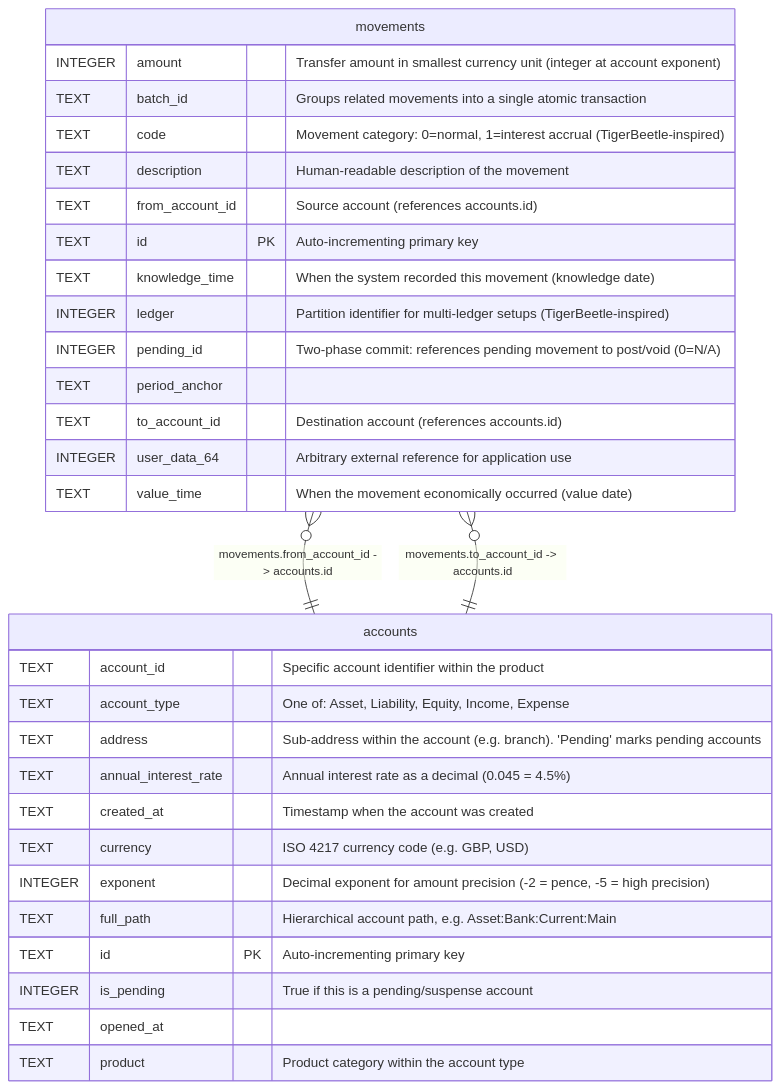
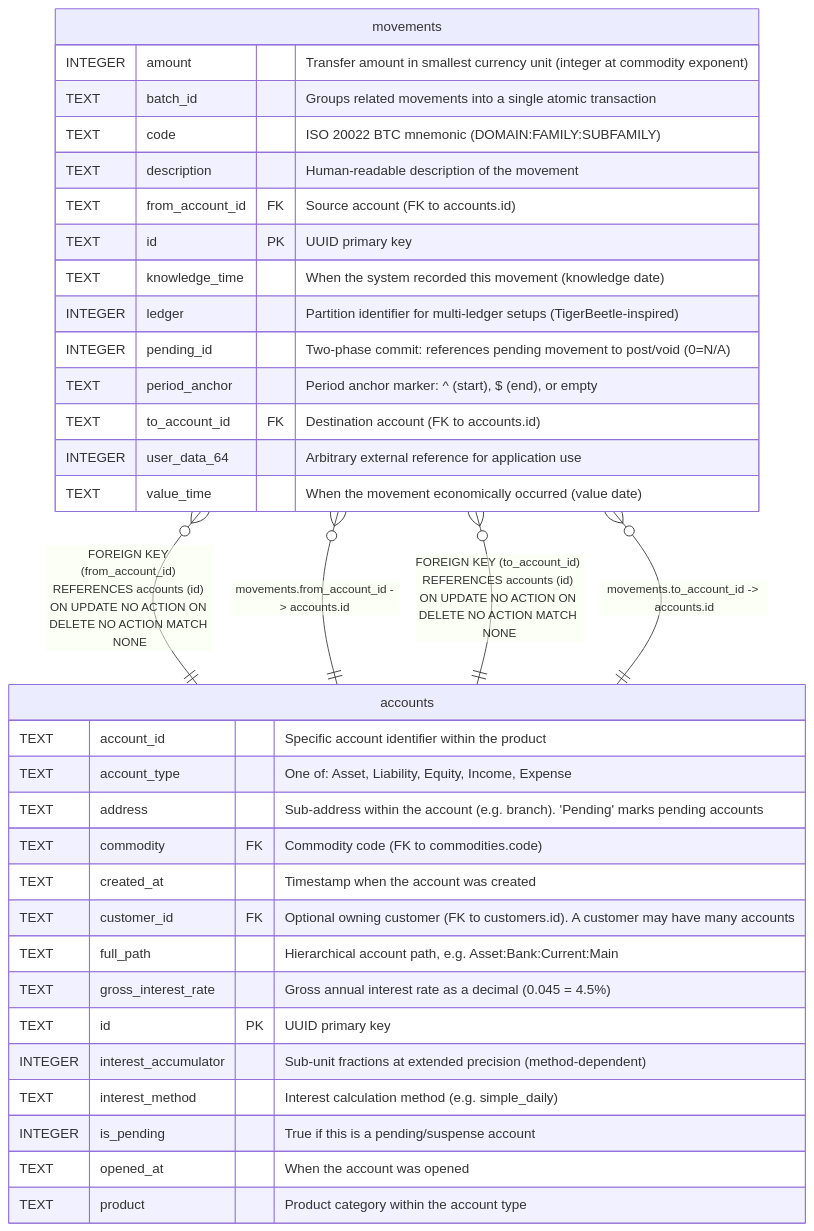
One commit to drummonds/go-luca changed the diagram in docs/schema/movements.md. Above: the diagram before and after it, drawn with Mermaid. The commit also changed other lines of this file and 42 other files, not shown here.

Commit message:
Reorganising schema

````diff
--- a/docs/schema/movements.md
+++ b/docs/schema/movements.md
@@ -68,36 +70,40 @@
 ```mermaid
 erDiagram
 
+"movements" }o--|| "accounts" : "FOREIGN KEY (from_account_id) REFERENCES accounts (id) ON UPDATE NO ACTION ON DELETE NO ACTION MATCH NONE"
 "movements" }o--|| "accounts" : "movements.from_account_id -> accounts.id"
+"movements" }o--|| "accounts" : "FOREIGN KEY (to_account_id) REFERENCES accounts (id) ON UPDATE NO ACTION ON DELETE NO ACTION MATCH NONE"
 "movements" }o--|| "accounts" : "movements.to_account_id -> accounts.id"
 
 "movements" {
-  INTEGER amount "Transfer amount in smallest currency unit (integer at account exponent)"
+  INTEGER amount "Transfer amount in smallest currency unit (integer at commodity exponent)"
   TEXT batch_id "Groups related movements into a single atomic transaction"
-  TEXT code "Movement category: 0=normal, 1=interest accrual (TigerBeetle-inspired)"
+  TEXT code "ISO 20022 BTC mnemonic (DOMAIN:FAMILY:SUBFAMILY)"
   TEXT description "Human-readable description of the movement"
-  TEXT from_account_id "Source account (references accounts.id)"
-  TEXT id PK "Auto-incrementing primary key"
+  TEXT from_account_id FK "Source account (FK to accounts.id)"
+  TEXT id PK "UUID primary key"
   TEXT knowledge_time "When the system recorded this movement (knowledge date)"
   INTEGER ledger "Partition identifier for multi-ledger setups (TigerBeetle-inspired)"
   INTEGER pending_id "Two-phase commit: references pending movement to post/void (0=N/A)"
-  TEXT period_anchor ""
-  TEXT to_account_id "Destination account (references accounts.id)"
+  TEXT period_anchor "Period anchor marker: ^ (start), $ (end), or empty"
+  TEXT to_account_id FK "Destination account (FK to accounts.id)"
   INTEGER user_data_64 "Arbitrary external reference for application use"
   TEXT value_time "When the movement economically occurred (value date)"
 }
 "accounts" {
   TEXT account_id "Specific account identifier within the product"
   TEXT account_type "One of: Asset, Liability, Equity, Income, Expense"
   TEXT address "Sub-address within the account (e.g. branch). 'Pending' marks pending accounts"
-  TEXT annual_interest_rate "Annual interest rate as a decimal (0.045 = 4.5%)"
+  TEXT commodity FK "Commodity code (FK to commodities.code)"
   TEXT created_at "Timestamp when the account was created"
-  TEXT currency "ISO 4217 currency code (e.g. GBP, USD)"
-  INTEGER exponent "Decimal exponent for amount precision (-2 = pence, -5 = high precision)"
+  TEXT customer_id FK "Optional owning customer (FK to customers.id). A customer may have many accounts"
   TEXT full_path "Hierarchical account path, e.g. Asset:Bank:Current:Main"
-  TEXT id PK "Auto-incrementing primary key"
+  TEXT gross_interest_rate "Gross annual interest rate as a decimal (0.045 = 4.5%)"
+  TEXT id PK "UUID primary key"
+  INTEGER interest_accumulator "Sub-unit fractions at extended precision (method-dependent)"
+  TEXT interest_method "Interest calculation method (e.g. simple_daily)"
   INTEGER is_pending "True if this is a pending/suspense account"
-  TEXT opened_at ""
+  TEXT opened_at "When the account was opened"
   TEXT product "Product category within the account type"
 }
 ```
````
